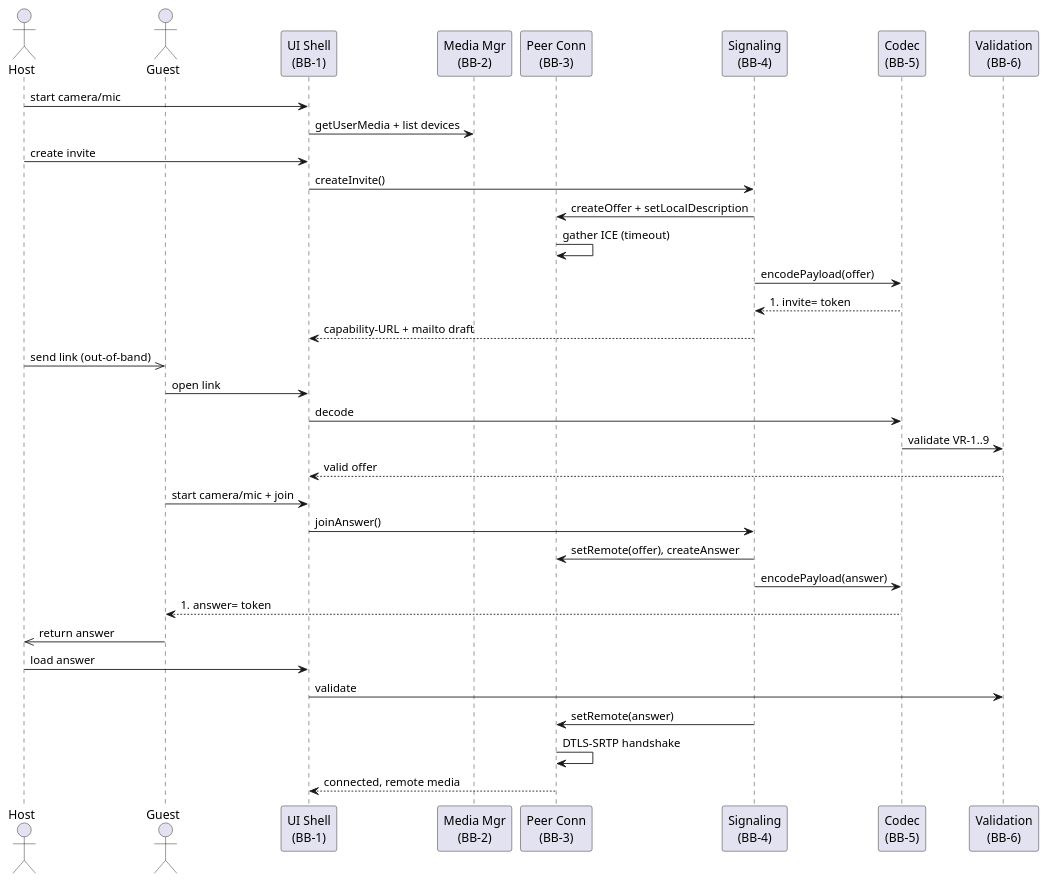
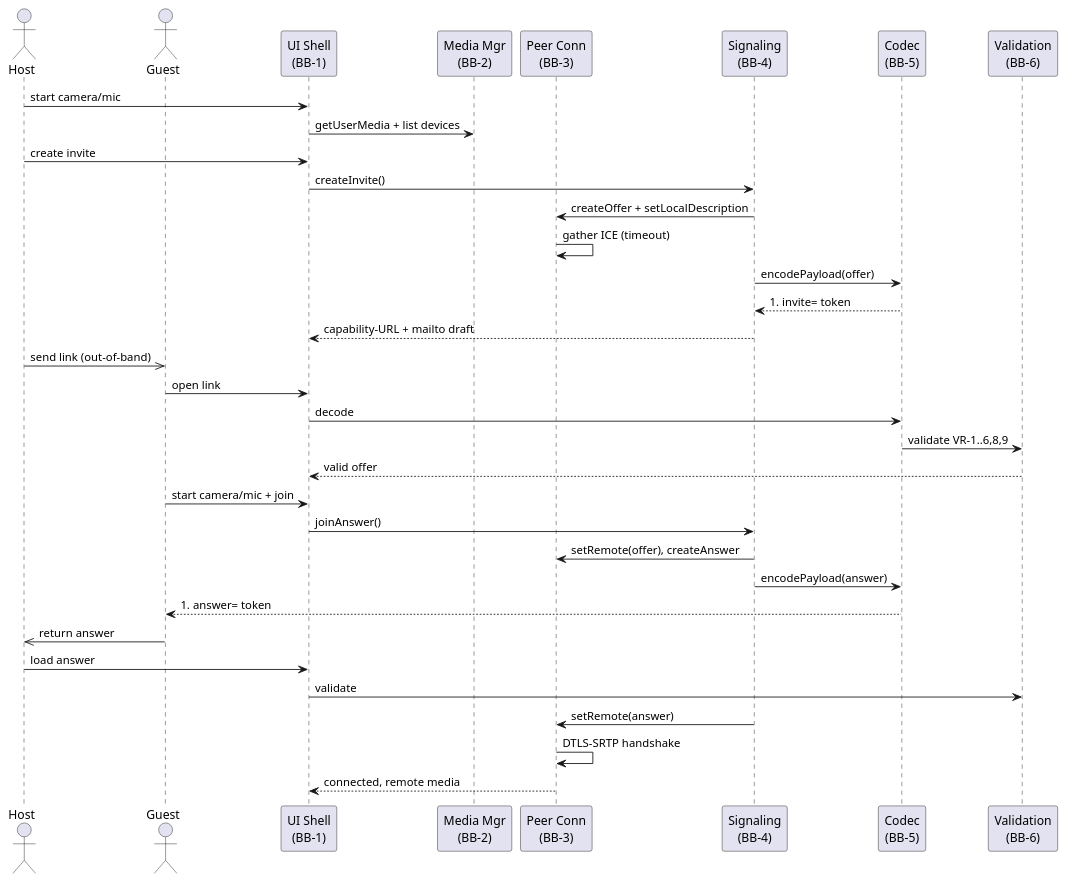
The first of 2 diagrams in src/docs/arc42/chapters/06_runtime_view.adoc (raifdmueller/ultrathink.call), drawn with PlantUML before and after one commit. The commit also changed 8 other files, not shown here.

```diff
--- a/src/docs/arc42/chapters/06_runtime_view.adoc
+++ b/src/docs/arc42/chapters/06_runtime_view.adoc
@@ -9,39 +9,39 @@
 [plantuml,rt-connect,svg]
 ----
 @startuml
 actor Host
 actor Guest
 participant "UI Shell\n(BB-1)" as UI
 participant "Media Mgr\n(BB-2)" as M
 participant "Peer Conn\n(BB-3)" as PC
 participant "Signaling\n(BB-4)" as S
 participant "Codec\n(BB-5)" as C
 participant "Validation\n(BB-6)" as V
 
 Host -> UI : start camera/mic
 UI -> M : getUserMedia + list devices
 Host -> UI : create invite
 UI -> S : createInvite()
 S -> PC : createOffer + setLocalDescription
 PC -> PC : gather ICE (timeout)
 S -> C : encodePayload(offer)
 C --> S : #invite= token
 S --> UI : capability-URL + mailto draft
 Host ->> Guest : send link (out-of-band)
 Guest -> UI : open link
 UI -> C : decode
-C -> V : validate VR-1..9
+C -> V : validate VR-1..6,8,9
 V --> UI : valid offer
 Guest -> UI : start camera/mic + join
 UI -> S : joinAnswer()
 S -> PC : setRemote(offer), createAnswer
 S -> C : encodePayload(answer)
 C --> Guest : #answer= token
 Guest ->> Host : return answer
 Host -> UI : load answer
 UI -> V : validate
 S -> PC : setRemote(answer)
 PC -> PC : DTLS-SRTP handshake
 PC --> UI : connected, remote media
 @enduml
 ----
```
